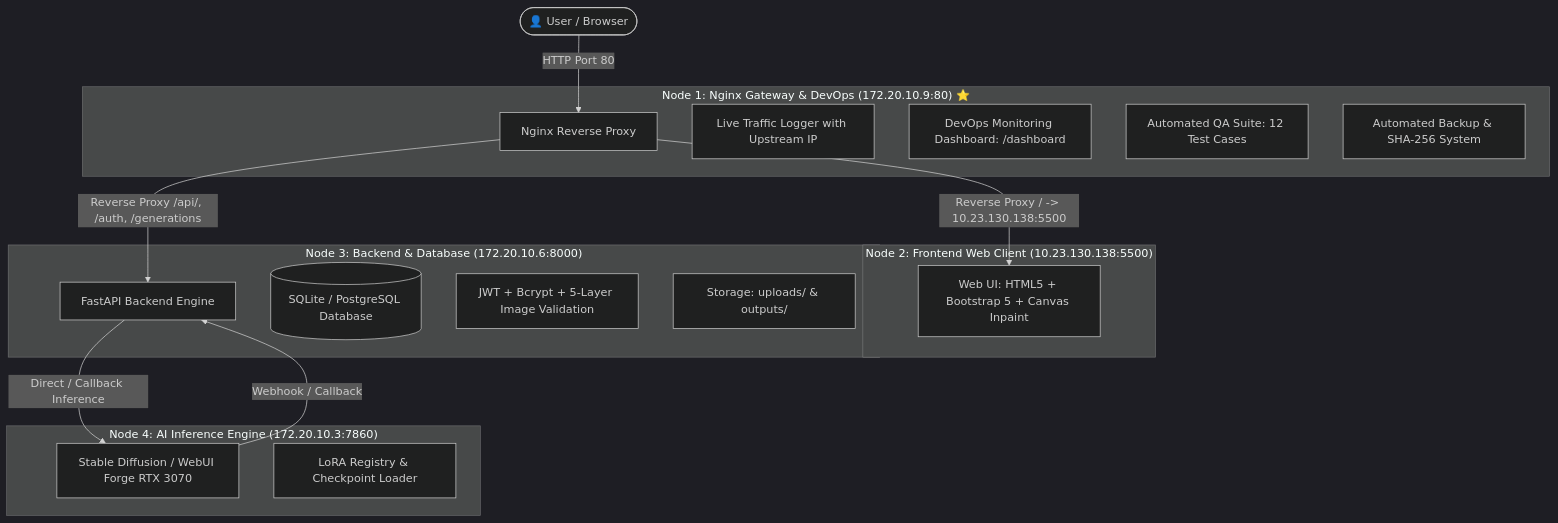
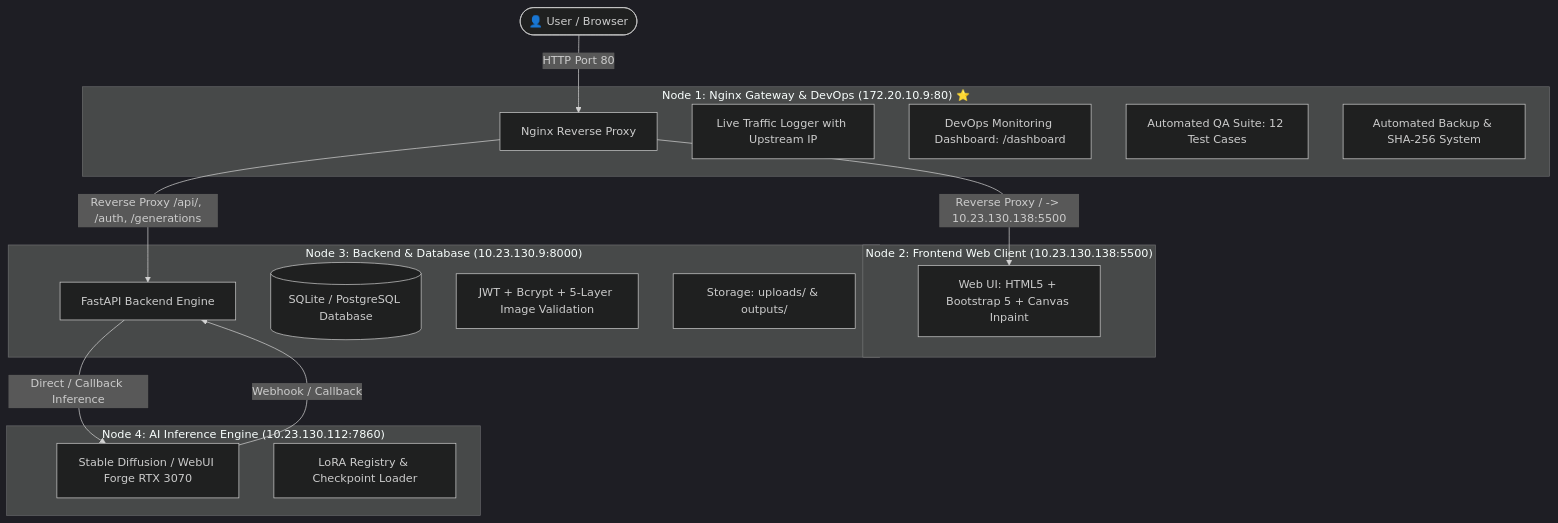
The diagram in README.md (Pongkarm/Project_Luma_PKW), drawn with Mermaid (dark theme) before and after one commit. The commit also changed other lines of this file and 6 other files, not shown here.

````diff
--- a/README.md
+++ b/README.md
@@ -20,34 +20,34 @@
 ```mermaid
 graph TD
     User([👤 User / Browser])
 
     subgraph Node1 ["Node 1: Nginx Gateway & DevOps (172.20.10.9:80) ⭐"]
         Nginx[Nginx Reverse Proxy]
         AccessLog[Live Traffic Logger with Upstream IP]
         Dashboard[DevOps Monitoring Dashboard: /dashboard]
         QATest[Automated QA Suite: 12 Test Cases]
         Backup[Automated Backup & SHA-256 System]
     end
 
     subgraph Node2 ["Node 2: Frontend Web Client (10.23.130.138:5500)"]
         UI[Web UI: HTML5 + Bootstrap 5 + Canvas Inpaint]
     end
 
-    subgraph Node3 ["Node 3: Backend & Database (172.20.10.6:8000)"]
+    subgraph Node3 ["Node 3: Backend & Database (10.23.130.9:8000)"]
         API[FastAPI Backend Engine]
         DB[(SQLite / PostgreSQL Database)]
         Security[JWT + Bcrypt + 5-Layer Image Validation]
         Storage[Storage: uploads/ & outputs/]
     end
 
-    subgraph Node4 ["Node 4: AI Inference Engine (172.20.10.3:7860)"]
+    subgraph Node4 ["Node 4: AI Inference Engine (10.23.130.112:7860)"]
         SD[Stable Diffusion / WebUI Forge RTX 3070]
         LoRA[LoRA Registry & Checkpoint Loader]
     end
 
     User -->|HTTP Port 80| Nginx
     Nginx -->|Reverse Proxy / -> 10.23.130.138:5500| UI
     Nginx -->|Reverse Proxy /api/, /auth, /generations| API
     API -->|Direct / Callback Inference| SD
     SD -->|Webhook / Callback| API
 ```
````
